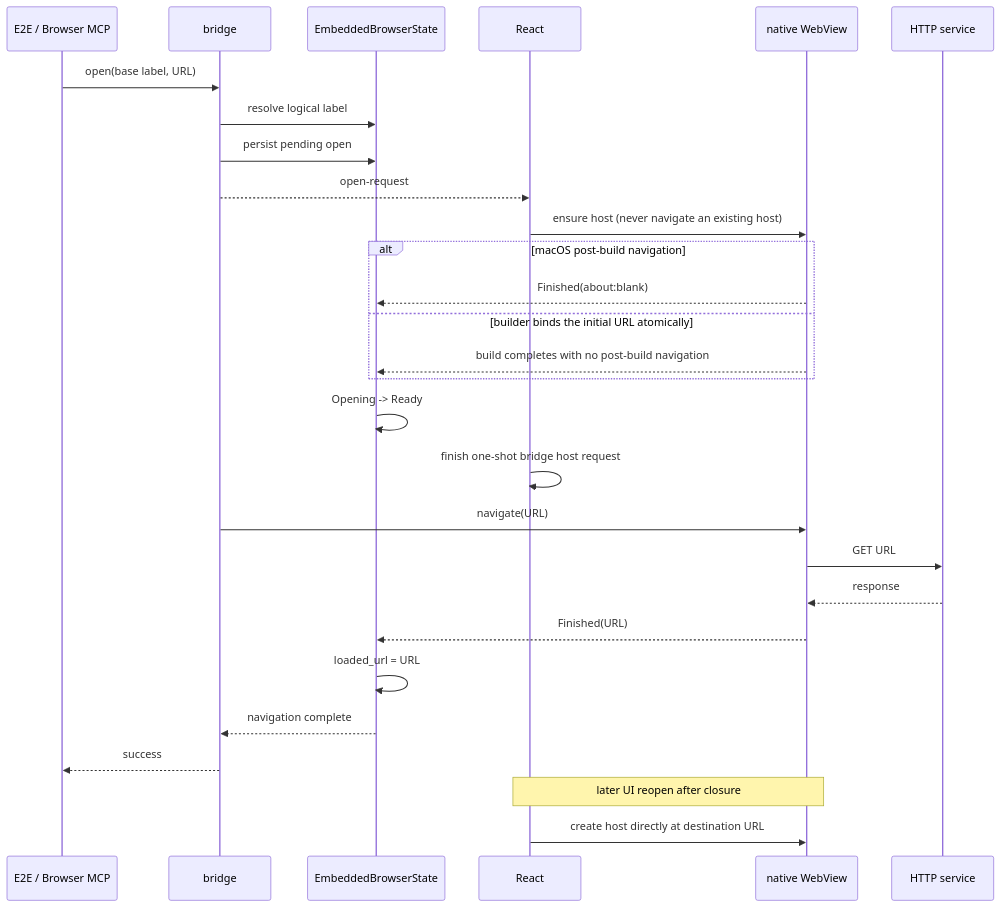
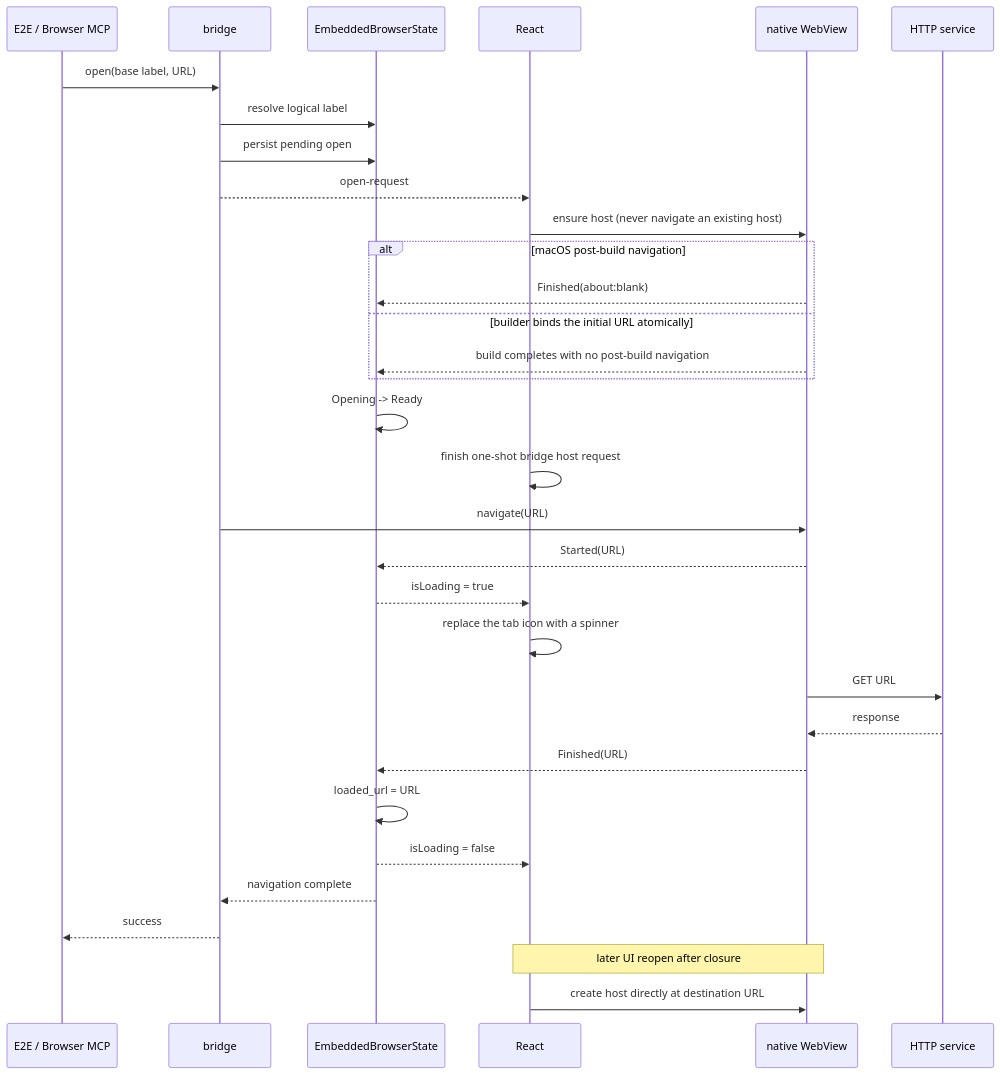
One commit to wecode-ai/Wegent changed the second of 2 diagrams in docs/en/architecture/embedded-browser.md. Above: the diagram before and after it, drawn with Mermaid. The commit also changed other lines of this file and 10 other files, not shown here.

Commit message:
fix(wework): show browser tab loading state

````diff
--- a/docs/en/architecture/embedded-browser.md
+++ b/docs/en/architecture/embedded-browser.md
@@ -31,32 +33,36 @@
 ```mermaid
 sequenceDiagram
     participant C as E2E / Browser MCP
     participant B as bridge
     participant S as EmbeddedBrowserState
     participant R as React
     participant W as native WebView
     participant H as HTTP service
 
     C->>B: open(base label, URL)
     B->>S: resolve logical label
     B->>S: persist pending open
     B-->>R: open-request
     R->>W: ensure host (never navigate an existing host)
     alt macOS post-build navigation
         W-->>S: Finished(about:blank)
     else builder binds the initial URL atomically
         W-->>S: build completes with no post-build navigation
     end
     S->>S: Opening -> Ready
     R->>R: finish one-shot bridge host request
     B->>W: navigate(URL)
+    W-->>S: Started(URL)
+    S-->>R: isLoading = true
+    R->>R: replace the tab icon with a spinner
     W->>H: GET URL
     H-->>W: response
     W-->>S: Finished(URL)
     S->>S: loaded_url = URL
+    S-->>R: isLoading = false
     S-->>B: navigation complete
     B-->>C: success
 
     Note over R,W: later UI reopen after closure
     R->>W: create host directly at destination URL
 ```
````
